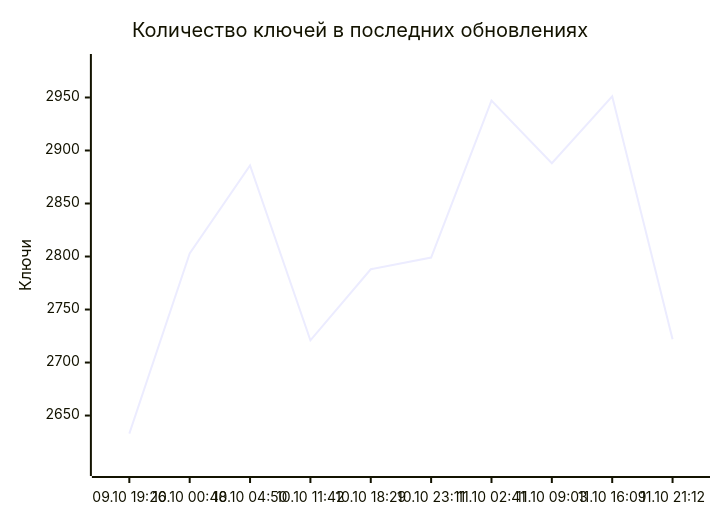
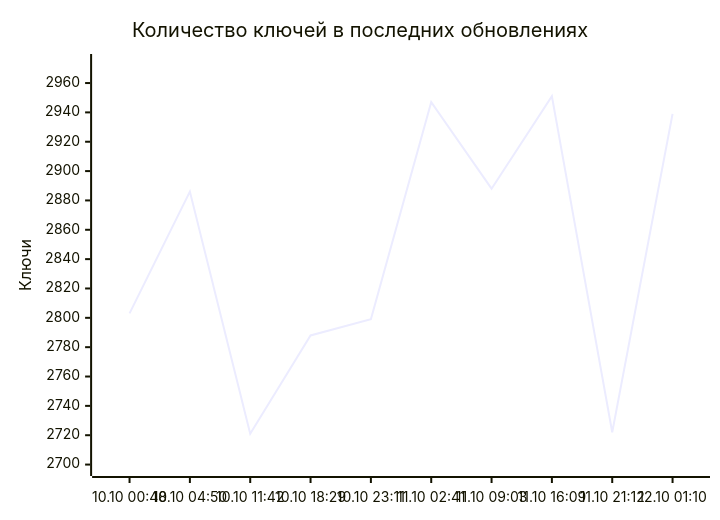
Before and after one commit to markKikhtenko/WireVeil: the diagram in README.md, drawn with Mermaid. The commit also changed other lines of this file and 13 other files, not shown here.

````diff
--- a/README.md
+++ b/README.md
@@ -55,7 +55,7 @@
 ```mermaid
 xychart-beta
     title "Количество ключей в последних обновлениях"
-    x-axis ["09.10 19:26", "10.10 00:48", "10.10 04:50", "10.10 11:42", "10.10 18:29", "10.10 23:11", "11.10 02:41", "11.10 09:03", "11.10 16:09", "11.10 21:12"]
-    y-axis "Ключи" 2601 --> 2983
-    line [2633, 2803, 2886, 2721, 2788, 2799, 2947, 2888, 2951, 2722]
+    x-axis ["10.10 00:48", "10.10 04:50", "10.10 11:42", "10.10 18:29", "10.10 23:11", "11.10 02:41", "11.10 09:03", "11.10 16:09", "11.10 21:12", "12.10 01:10"]
+    y-axis "Ключи" 2698 --> 2974
+    line [2803, 2886, 2721, 2788, 2799, 2947, 2888, 2951, 2722, 2939]
 ```
````
